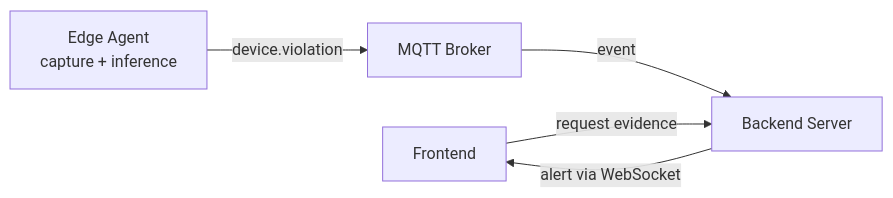
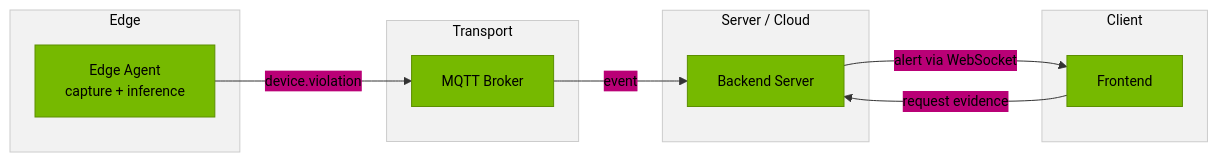
Before and after one commit to HipSayu/ai-edge-ops: the first of 3 diagrams in backend/docs/EDGE_INFERENCE_FLOW.md, drawn with Mermaid. The commit also changed other lines of this file and 27 other files, not shown here.

````diff
--- a/backend/docs/EDGE_INFERENCE_FLOW.md
+++ b/backend/docs/EDGE_INFERENCE_FLOW.md
@@ -7,12 +7,24 @@
 ```mermaid
+%%{init: {"theme":"base","themeVariables":{"primaryColor":"#76B900","primaryTextColor":"#000000","primaryBorderColor":"#5C8F00","lineColor":"#333333","fontFamily":"Helvetica, Arial, sans-serif","fontSize":"14px","clusterBkg":"#F2F2F2","clusterBorder":"#CCCCCC","tertiaryColor":"#FFFFFF"}}}%%
 flowchart LR
-    F[Frontend]
-    S[Backend Server]
-    M[MQTT Broker]
-    E[Edge Agent<br/>capture + inference]
+    subgraph EDGE["Edge"]
+        E["Edge Agent<br/>capture + inference"]
+    end
+    subgraph TRANSPORT["Transport"]
+        M["MQTT Broker"]
+    end
+    subgraph CLOUD["Server / Cloud"]
+        S["Backend Server"]
+    end
+    subgraph CLIENT["Client"]
+        F["Frontend"]
+    end
 
     E -->|device.violation| M
     M -->|event| S
     S -->|alert via WebSocket| F
     F -->|request evidence| S
+
+    classDef band fill:#F2F2F2,stroke:#CCCCCC,color:#000000
+    class EDGE,TRANSPORT,CLOUD,CLIENT band
 ```
````
